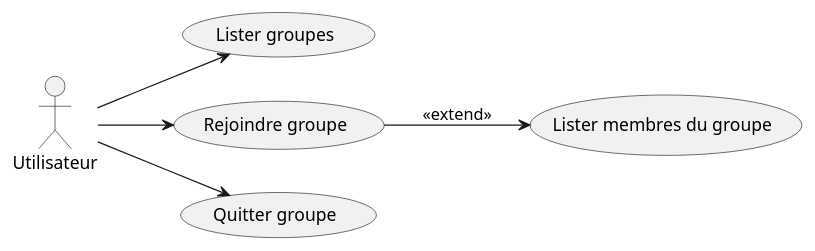
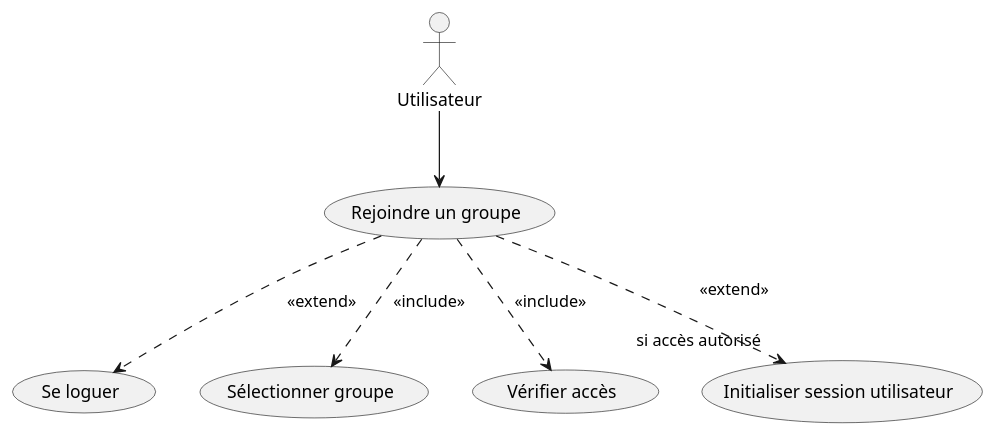
One commit to SkDAnS/CLIM changed the diagram in Projet1.0/uml/rejoindreGroupe.puml. Above: the diagram before and after it, drawn with PlantUML. The commit also changed 27 other files, not shown here.

```diff
--- a/Projet1.0/uml/rejoindreGroupe.puml
+++ b/Projet1.0/uml/rejoindreGroupe.puml
@@ -1,17 +1,17 @@
 @startuml
-left to right direction
-
 actor Utilisateur
 
-usecase "Lister groupes" as UC_List
-usecase "Rejoindre groupe" as UC_Join
-usecase "Quitter groupe" as UC_Leave
-usecase "Lister membres du groupe" as UC_Members
+usecase "Rejoindre un groupe" as UC_Join
+usecase "Se loguer" as UC_Log
+usecase "Sélectionner groupe" as UC_Sel
+usecase "Vérifier accès" as UC_Verif
+usecase "Initialiser session utilisateur" as UC_Sess
 
-Utilisateur --> UC_List
 Utilisateur --> UC_Join
-Utilisateur --> UC_Leave
 
-UC_Join --> UC_Members : <<extend>>
+UC_Join ..> UC_Log : <<extend>>
+UC_Join ..> UC_Sel : <<include>>
+UC_Join ..> UC_Verif : <<include>>
+UC_Join ..> UC_Sess : <<extend>>\n"si accès autorisé"
 
 @enduml
```
